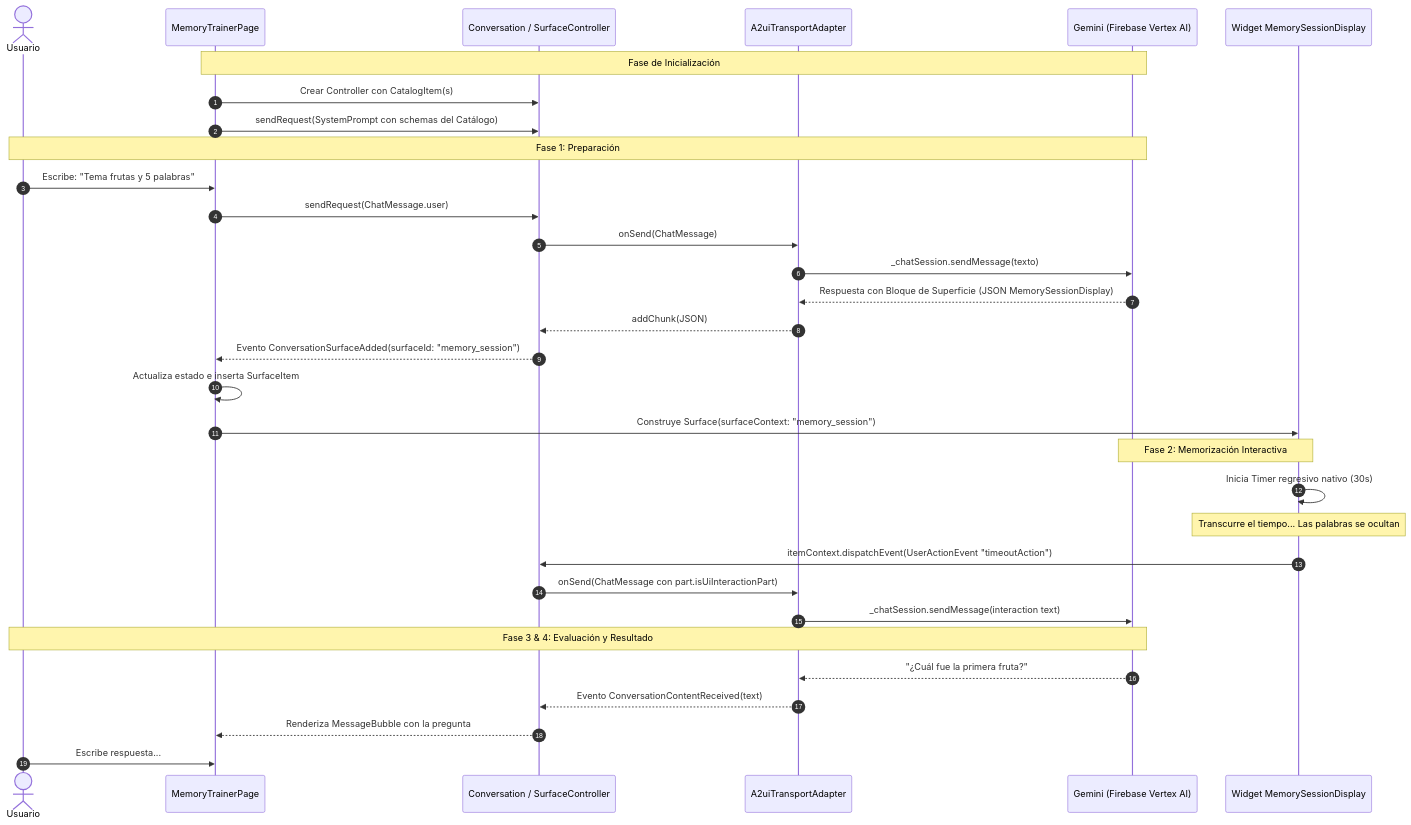
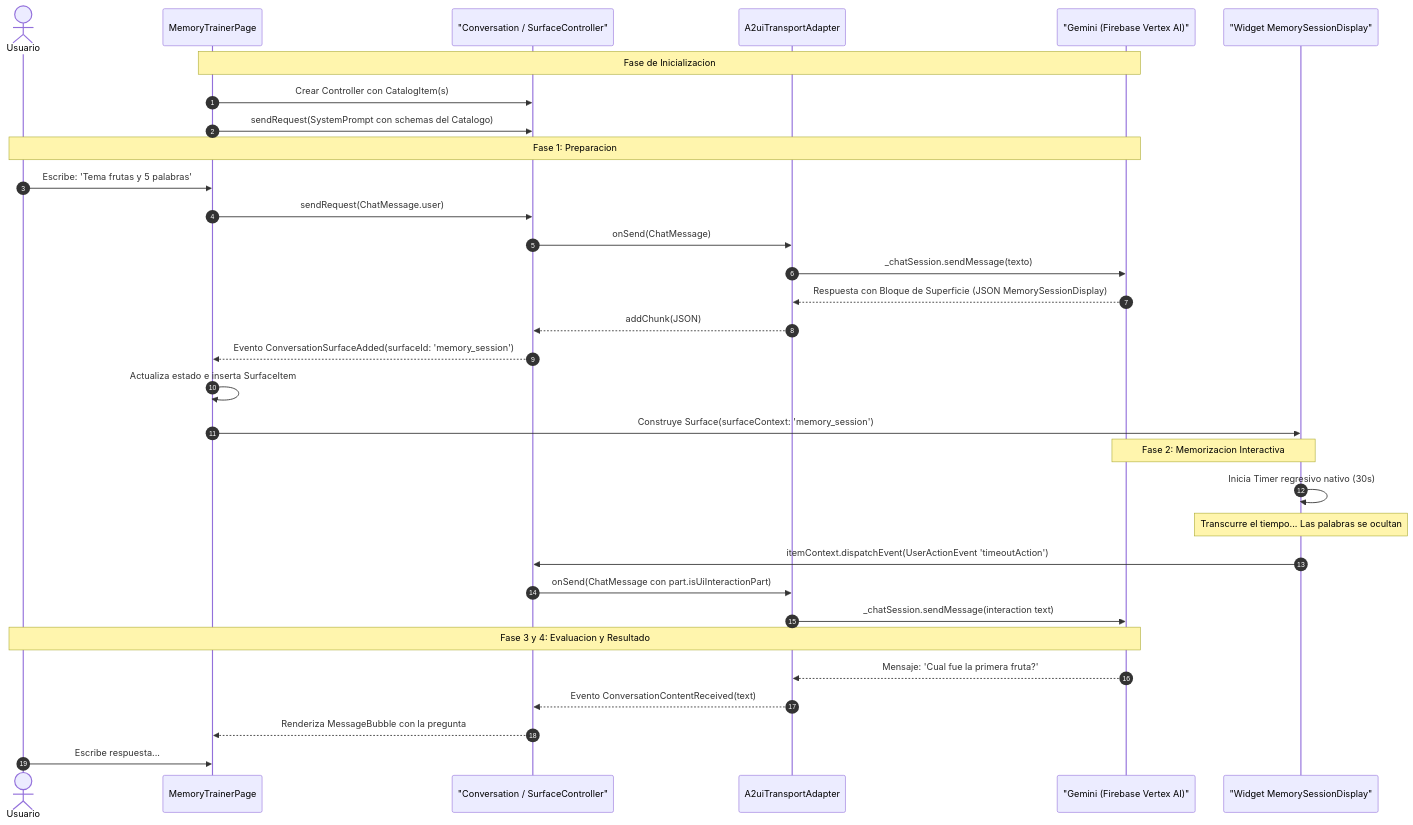
Before and after one commit to weincoder/intro_to_genui: the diagram in documentation/docs/02-architecture/02-a2ui-lifecycle.md, drawn with Mermaid. The commit also changed 8 other files, not shown here.

Commit message:
fix(docs): enable @docusaurus/theme-mermaid and sanitize diagram syntax

````diff
--- a/documentation/docs/02-architecture/02-a2ui-lifecycle.md
+++ b/documentation/docs/02-architecture/02-a2ui-lifecycle.md
@@ -17,38 +17,38 @@
 ```mermaid
 sequenceDiagram
     autonumber
     actor User as Usuario
     participant UI as MemoryTrainerPage
-    participant Conv as Conversation / SurfaceController
+    participant Conv as "Conversation / SurfaceController"
     participant Trans as A2uiTransportAdapter
-    participant Model as Gemini (Firebase Vertex AI)
-    participant Surf as Widget MemorySessionDisplay
+    participant Model as "Gemini (Firebase Vertex AI)"
+    participant Surf as "Widget MemorySessionDisplay"
 
-    Note over UI,Model: Fase de Inicialización
+    Note over UI,Model: Fase de Inicializacion
     UI->>Conv: Crear Controller con CatalogItem(s)
-    UI->>Conv: sendRequest(SystemPrompt con schemas del Catálogo)
+    UI->>Conv: sendRequest(SystemPrompt con schemas del Catalogo)
 
-    Note over User,Model: Fase 1: Preparación
-    User->>UI: Escribe: "Tema frutas y 5 palabras"
+    Note over User,Model: Fase 1: Preparacion
+    User->>UI: Escribe: 'Tema frutas y 5 palabras'
     UI->>Conv: sendRequest(ChatMessage.user)
     Conv->>Trans: onSend(ChatMessage)
     Trans->>Model: _chatSession.sendMessage(texto)
     Model-->>Trans: Respuesta con Bloque de Superficie (JSON MemorySessionDisplay)
     Trans-->>Conv: addChunk(JSON)
-    Conv-->>UI: Evento ConversationSurfaceAdded(surfaceId: "memory_session")
+    Conv-->>UI: Evento ConversationSurfaceAdded(surfaceId: 'memory_session')
     UI->>UI: Actualiza estado e inserta SurfaceItem
-    UI->>Surf: Construye Surface(surfaceContext: "memory_session")
+    UI->>Surf: Construye Surface(surfaceContext: 'memory_session')
 
-    Note over Surf,Model: Fase 2: Memorización Interactiva
+    Note over Surf,Model: Fase 2: Memorizacion Interactiva
     Surf->>Surf: Inicia Timer regresivo nativo (30s)
     Note over Surf: Transcurre el tiempo... Las palabras se ocultan
-    Surf->>Conv: itemContext.dispatchEvent(UserActionEvent "timeoutAction")
+    Surf->>Conv: itemContext.dispatchEvent(UserActionEvent 'timeoutAction')
     Conv->>Trans: onSend(ChatMessage con part.isUiInteractionPart)
     Trans->>Model: _chatSession.sendMessage(interaction text)
 
-    Note over User,Model: Fase 3 & 4: Evaluación y Resultado
-    Model-->>Trans: "¿Cuál fue la primera fruta?"
+    Note over User,Model: Fase 3 y 4: Evaluacion y Resultado
+    Model-->>Trans: Mensaje: 'Cual fue la primera fruta?'
     Trans-->>Conv: Evento ConversationContentReceived(text)
     Conv-->>UI: Renderiza MessageBubble con la pregunta
     User->>UI: Escribe respuesta...
 ```
````
